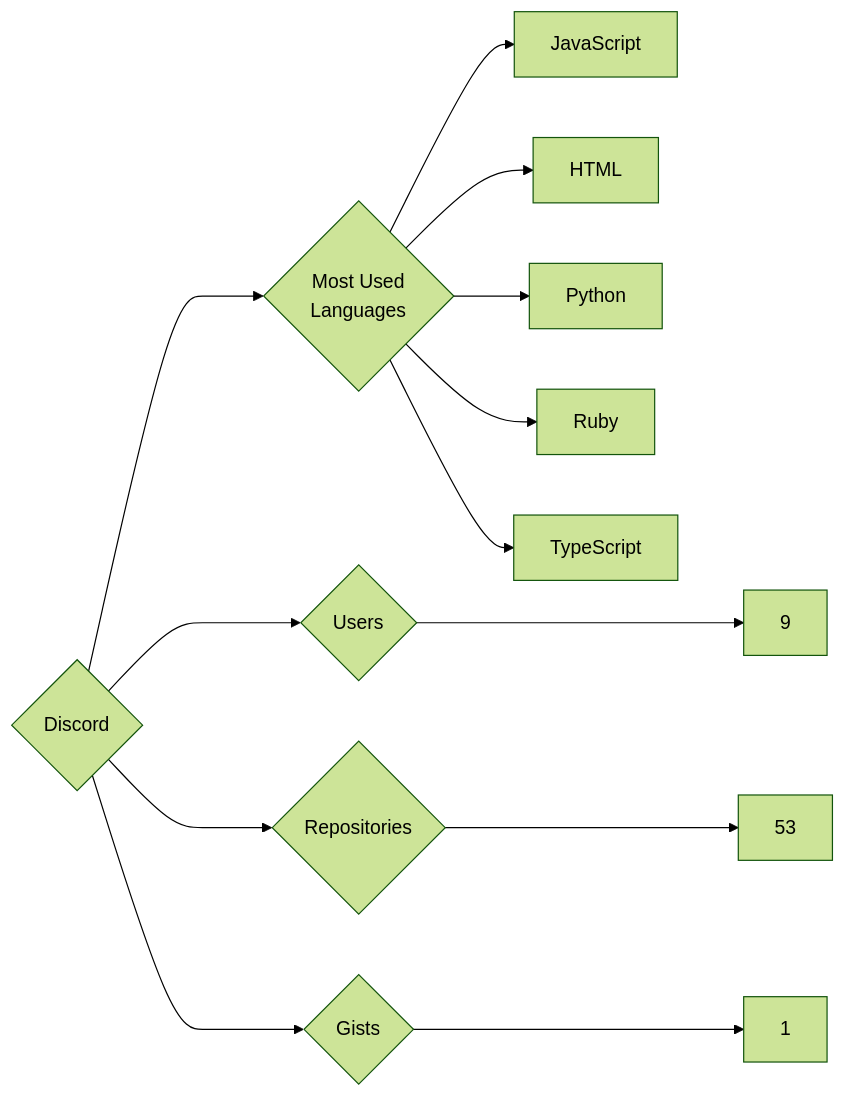
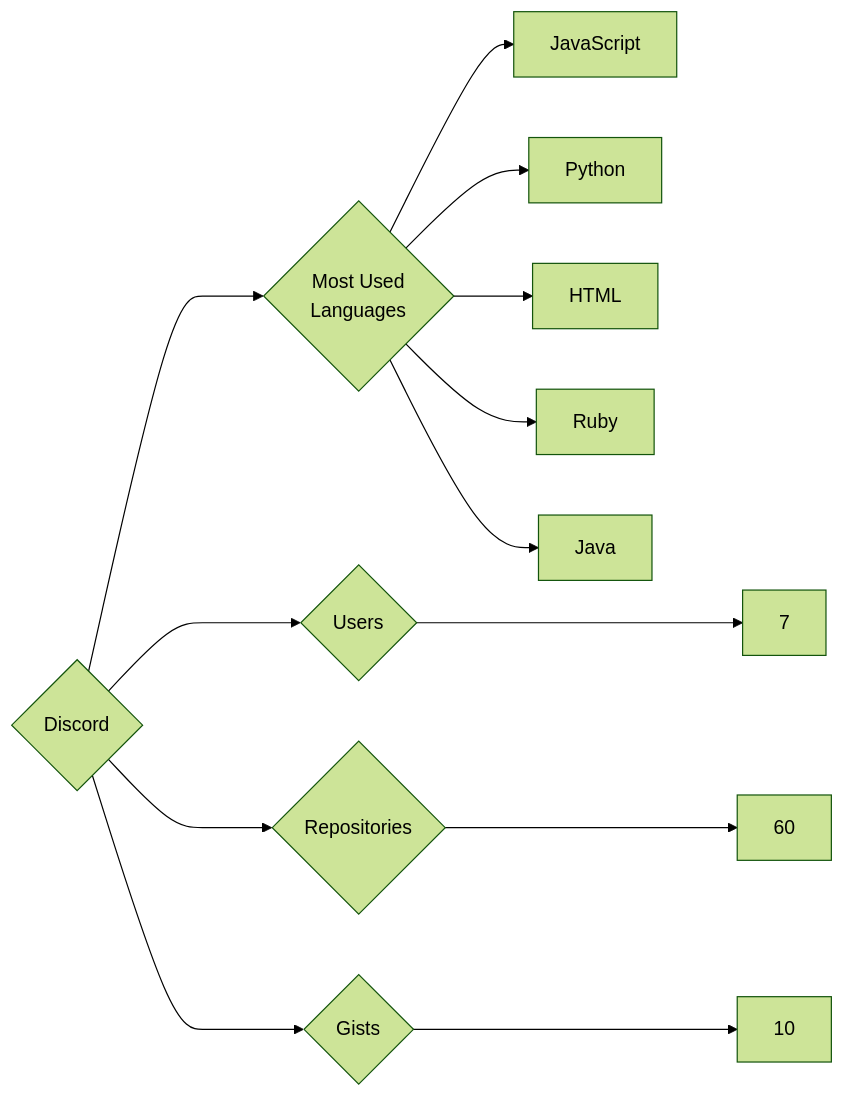
The diagram in targets/Discord/README.md (trickest/insiders), drawn with Mermaid (forest theme) before and after one commit. The commit also changed 815 other files, not shown here.

````diff
--- a/targets/Discord/README.md
+++ b/targets/Discord/README.md
@@ -3,13 +3,13 @@
 ```mermaid
 graph LR
 COMPANY_NAME{Discord}
-COMPANY_NAME ---> U{Users} ---> UN[9]
-COMPANY_NAME ---> R{Repositories} ---> RN[53]
-COMPANY_NAME ---> G{Gists} ---> GN[1]
+COMPANY_NAME ---> U{Users} ---> UN[7]
+COMPANY_NAME ---> R{Repositories} ---> RN[60]
+COMPANY_NAME ---> G{Gists} ---> GN[10]
 COMPANY_NAME ---> ML{Most Used<br>Languages}
 ML --> JavaScript[JavaScript]
+ML --> Python[Python]
 ML --> HTML[HTML]
-ML --> Python[Python]
 ML --> Ruby[Ruby]
-ML --> TypeScript[TypeScript]
+ML --> Java[Java]
 ```
````
